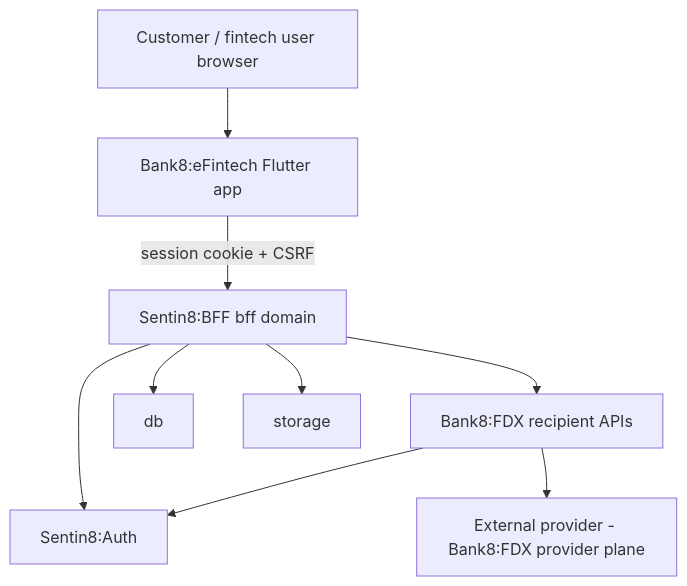
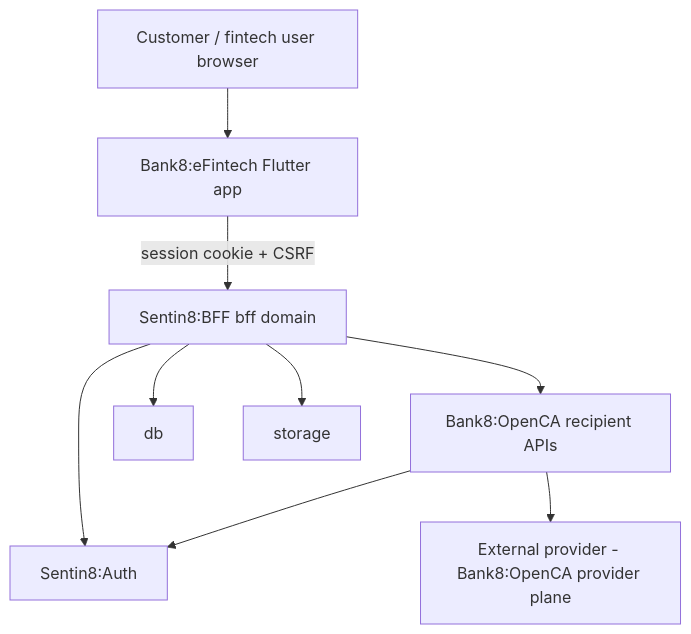
One commit to Bank8-dev/bank8-site changed the first of 6 diagrams in docs/apps/efintech/design.md. Above: the diagram before and after it, drawn with Mermaid. The commit also changed other lines of this file and 300 other files, not shown here.

First line of the commit message:
OBARCH: bank8-fdx -> bank8-open-ca across the site

````diff
--- a/docs/apps/efintech/design.md
+++ b/docs/apps/efintech/design.md
@@ -28,11 +28,11 @@
 ```mermaid
 graph TD
     B[Customer / fintech user browser] --> EF[Bank8:eFintech Flutter app]
     EF -->|session cookie + CSRF| BFF[Sentin8:BFF bff domain]
-    BFF --> FDX1[Bank8:FDX recipient APIs]
+    BFF --> FDX1[Bank8:OpenCA recipient APIs]
     BFF --> AUTH[Sentin8:Auth]
     BFF --> DB[db]
     BFF --> STG[storage]
     FDX1 --> AUTH
-    FDX1 --> LED[External provider - Bank8:FDX provider plane]
+    FDX1 --> LED[External provider - Bank8:OpenCA provider plane]
 ```
````
